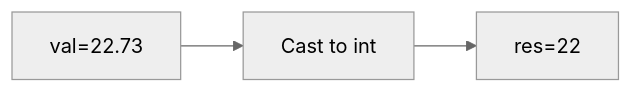
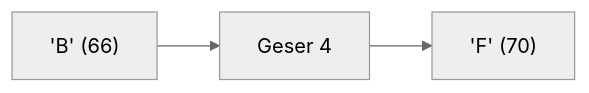
One commit to amnahwaida/OSNK_INF_PREP changed diagram 15 of 25 in part-c-pemahaman-cpp/01-tipe-data/latihan/set-02.md. Above: the diagram before and after it, drawn with Mermaid (neutral theme). The commit also changed other lines of this file and 71 other files, not shown here.

````diff
--- a/part-c-pemahaman-cpp/01-tipe-data/latihan/set-02.md
+++ b/part-c-pemahaman-cpp/01-tipe-data/latihan/set-02.md
@@ -403,5 +420,5 @@
 ```mermaid
 graph LR
-A["val=22.73"] --> B["Cast to int"]
-B --> C["res=22"]
+A["'B' (66)"] --> B["Geser 4"]
+B --> C["'F' (70)"]
 ```
````
